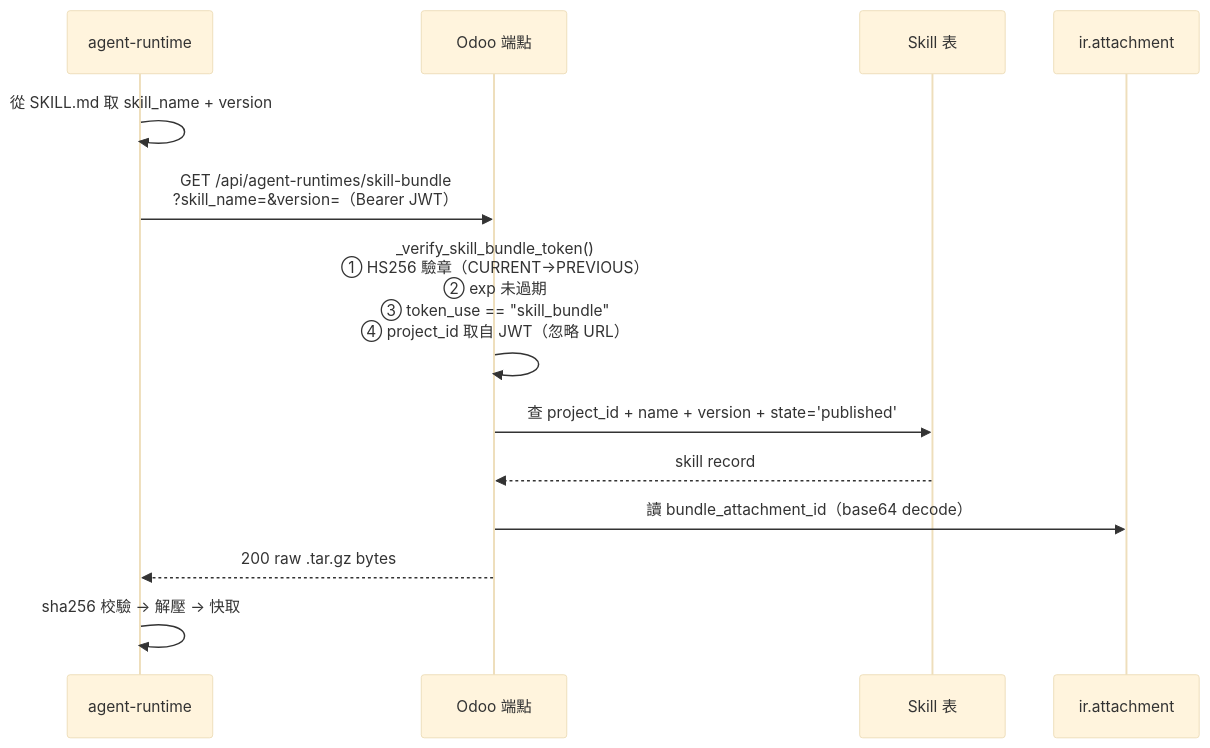
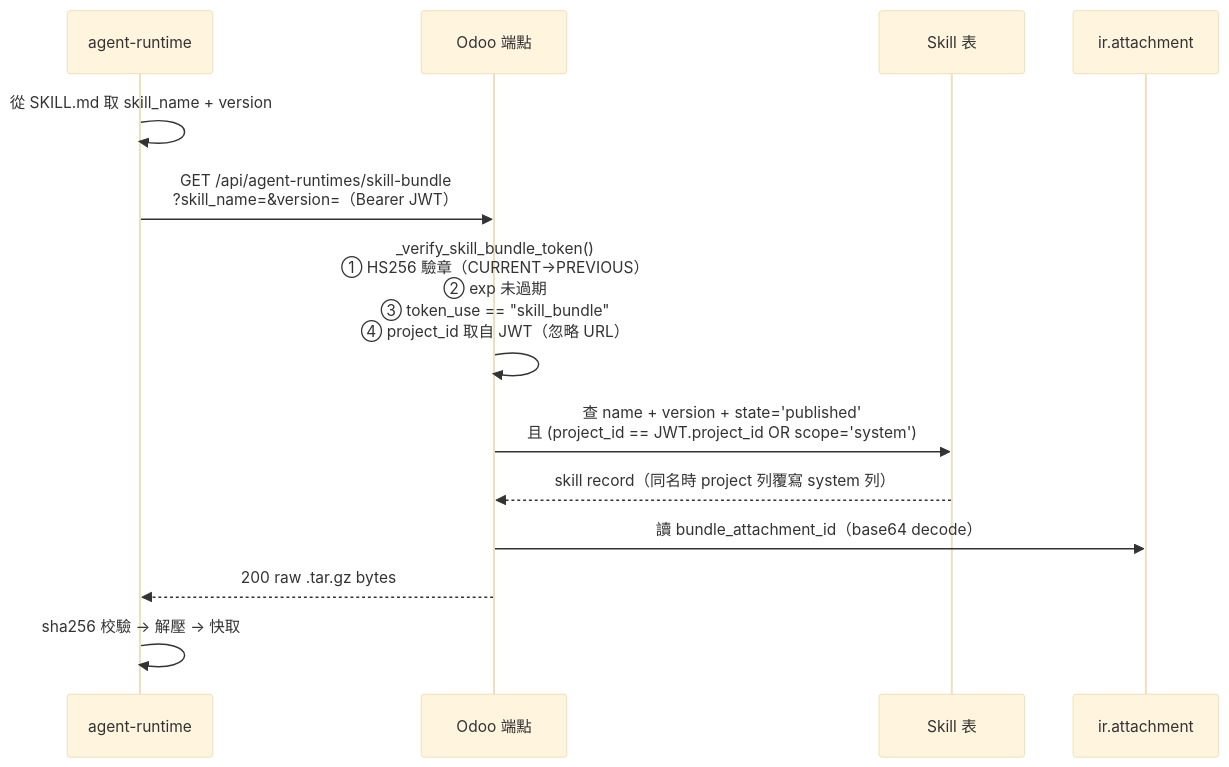
The first of 2 diagrams in docs/guides/paas-skill-system/04-skill-bundle-jwt.md (WOOWTECH/odoo-addon-woow-paas-platform), drawn with Mermaid (base theme) before and after one commit. The commit also changed other lines of this file and 3 other files, not shown here.

Commit message:
docs: sync skill guides + follow-ups with dual-scope and upload wizard

````diff
--- a/docs/guides/paas-skill-system/04-skill-bundle-jwt.md
+++ b/docs/guides/paas-skill-system/04-skill-bundle-jwt.md
@@ -20,16 +20,16 @@
 ```mermaid
 sequenceDiagram
     participant Pod as agent-runtime
     participant Odoo as Odoo 端點
     participant DB as Skill 表
     participant ATT as ir.attachment
 
     Pod->>Pod: 從 SKILL.md 取 skill_name + version
     Pod->>Odoo: GET /api/agent-runtimes/skill-bundle<br/>?skill_name=&version=（Bearer JWT）
     Odoo->>Odoo: _verify_skill_bundle_token()<br/>① HS256 驗章（CURRENT→PREVIOUS）<br/>② exp 未過期<br/>③ token_use == "skill_bundle"<br/>④ project_id 取自 JWT（忽略 URL）
-    Odoo->>DB: 查 project_id + name + version + state='published'
-    DB-->>Odoo: skill record
+    Odoo->>DB: 查 name + version + state='published'<br/>且 (project_id == JWT.project_id OR scope='system')
+    DB-->>Odoo: skill record（同名時 project 列覆寫 system 列）
     Odoo->>ATT: 讀 bundle_attachment_id（base64 decode）
     Odoo-->>Pod: 200 raw .tar.gz bytes
     Pod->>Pod: sha256 校驗 → 解壓 → 快取
 ```
````
